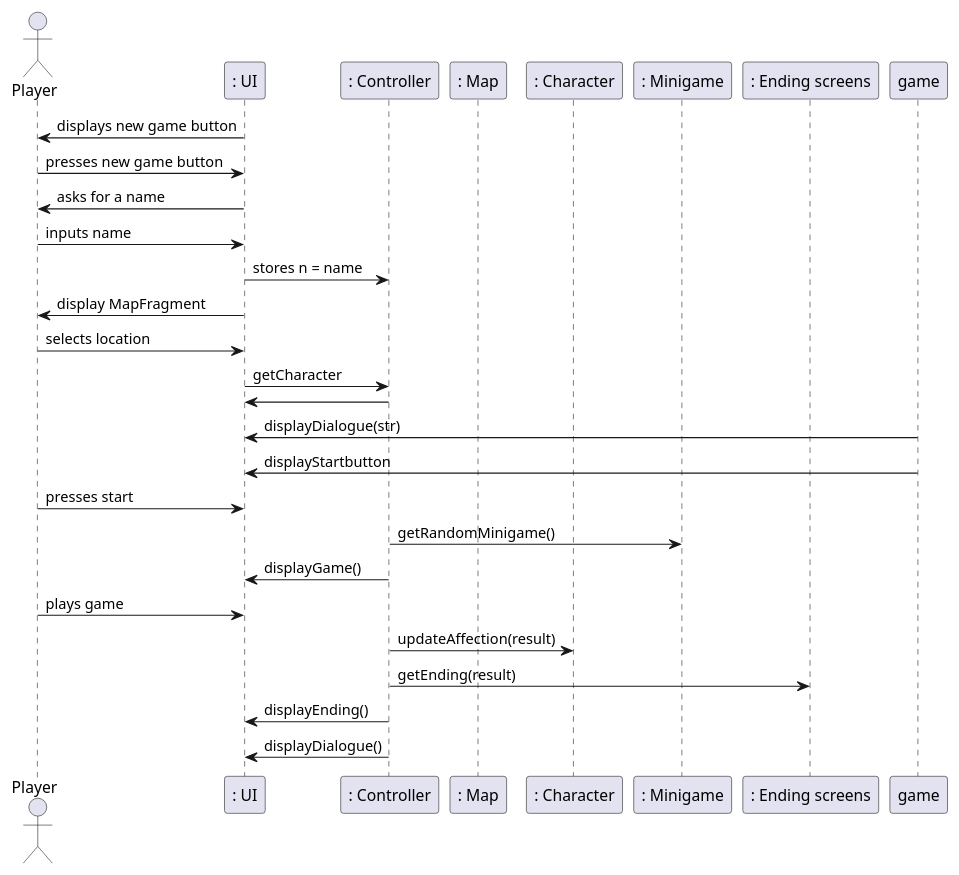
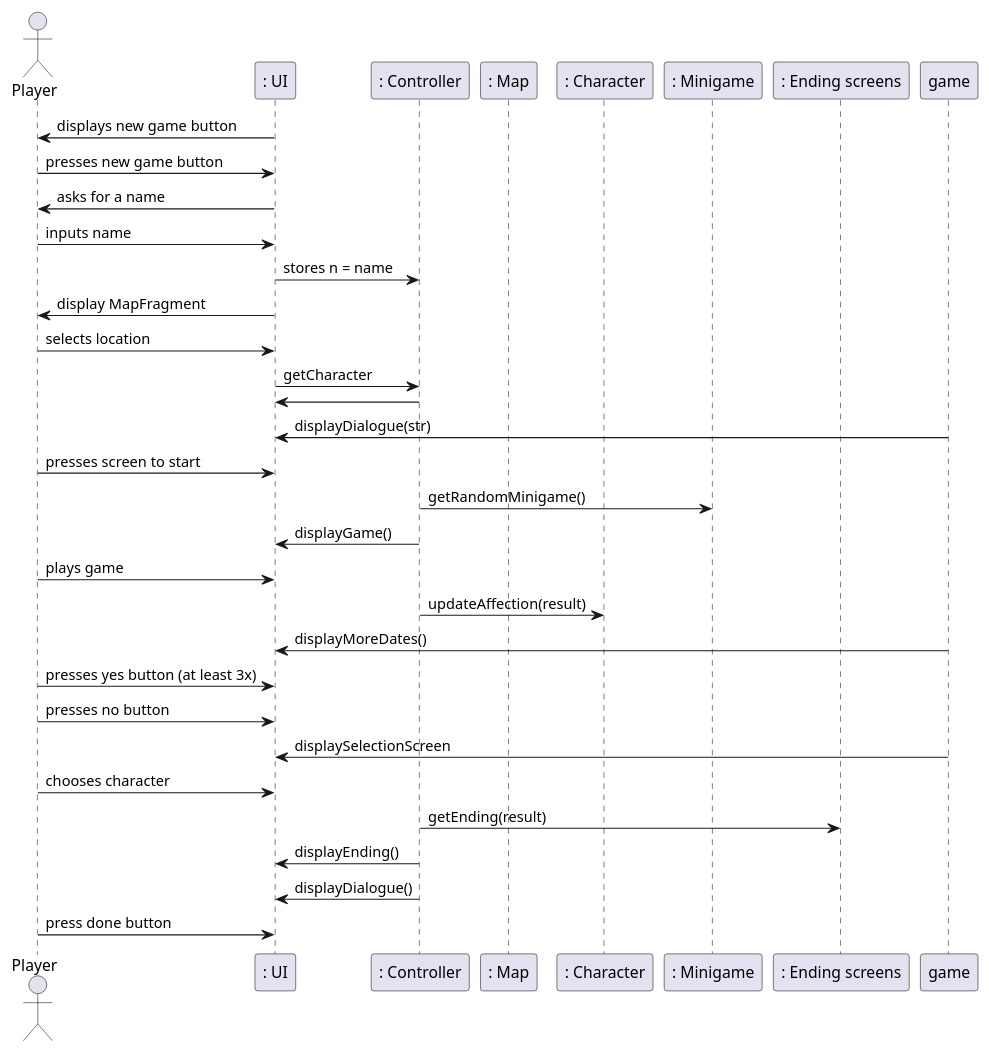
The second of 3 diagrams in intellij/doc/design.md (rsanlop/Untitled-Dating-Sim), drawn with PlantUML before and after one commit. The commit also changed other lines of this file and 1 other file, not shown here.

````diff
--- a/intellij/doc/design.md
+++ b/intellij/doc/design.md
@@ -48,31 +49,36 @@
 ```plantuml
 @startuml
 
 actor "Player" as player 
 participant ": UI" as ui
 participant ": Controller" as controller
 participant ": Map" as map
 participant ": Character" as character
 participant ": Minigame" as minigame
 participant ": Ending screens" as ending
 
 ui -> player : displays new game button 
 player -> ui : presses new game button
 ui -> player : asks for a name
 player -> ui : inputs name
 ui -> controller : stores n = name
 ui -> player : display MapFragment
 player -> ui : selects location
 ui -> controller : getCharacter
 controller -> ui : 
 game -> ui : displayDialogue(str)
-game -> ui : displayStartbutton
-player -> ui : presses start 
+player -> ui : presses screen to start 
 controller -> minigame : getRandomMinigame()
 controller -> ui : displayGame()
 player -> ui : plays game
 controller -> character : updateAffection(result)
+game -> ui : displayMoreDates()
+player -> ui : presses yes button (at least 3x)
+player -> ui : presses no button
+game -> ui : displaySelectionScreen
+player -> ui : chooses character 
 controller -> ending : getEnding(result)
 controller -> ui : displayEnding()
 controller -> ui : displayDialogue()
+player -> ui : press done button
 ```
````
